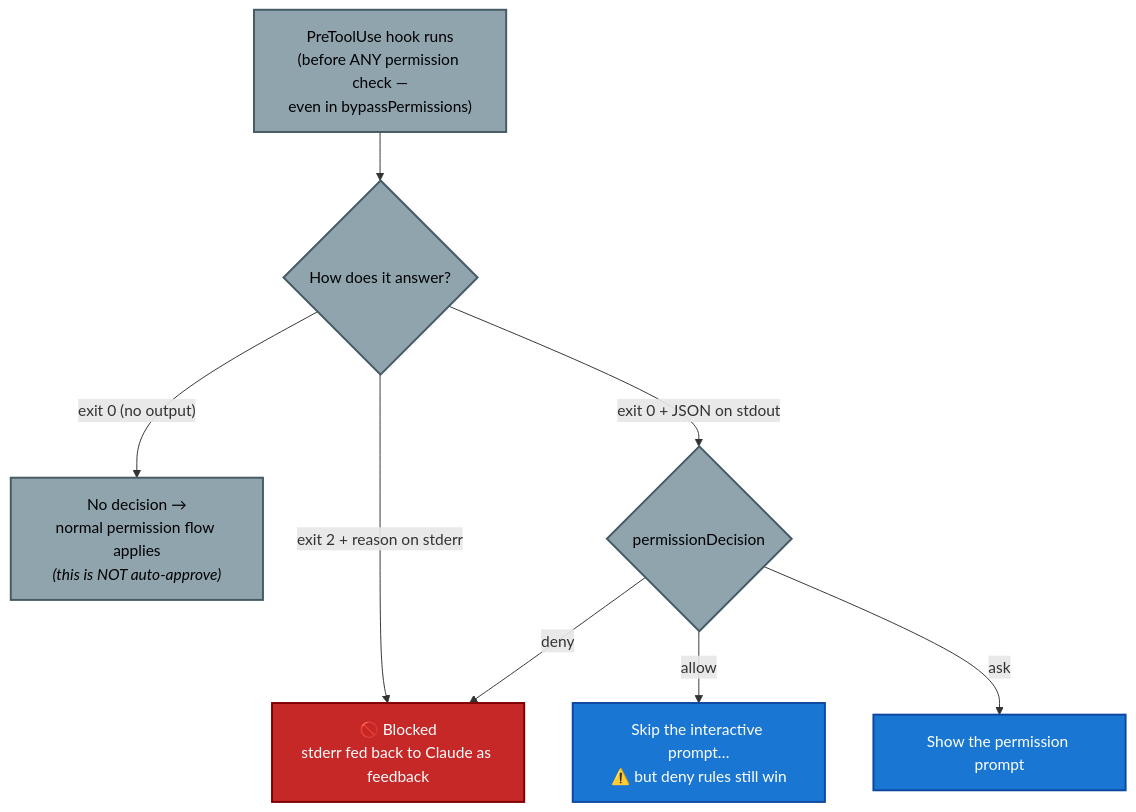
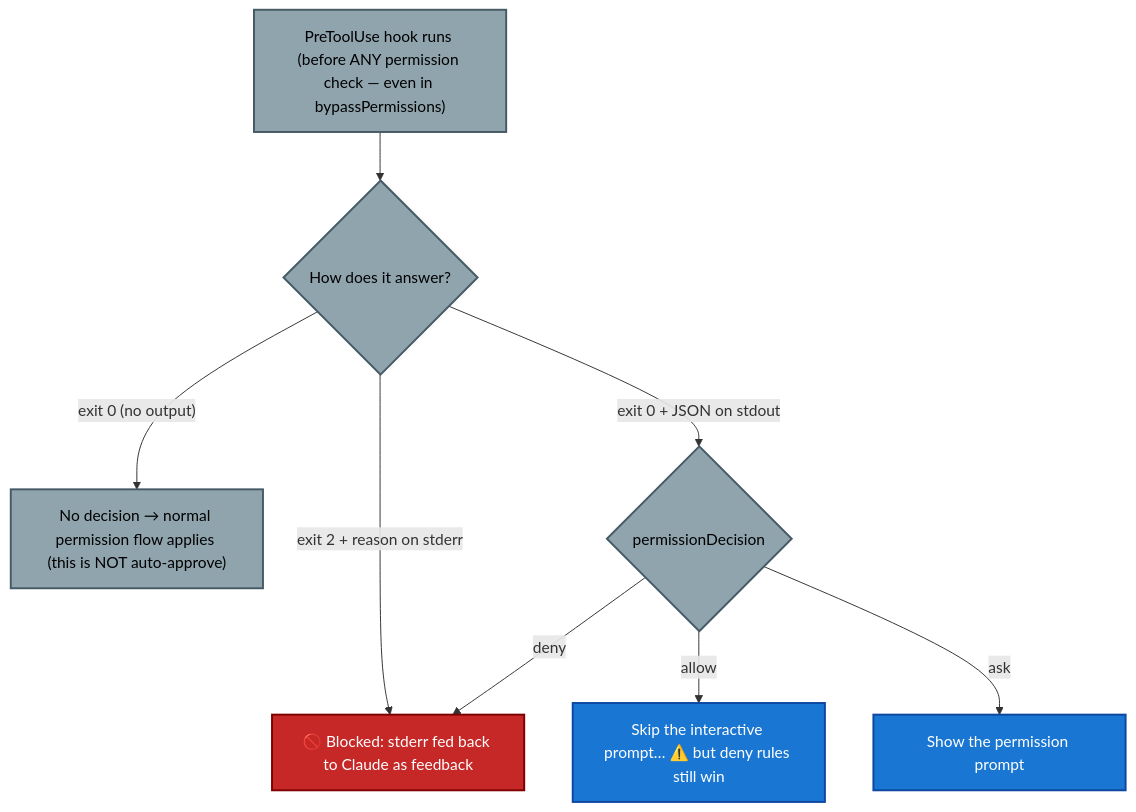
Before and after one commit to parmar-m/claude-architect-certification-prep: the sixth of 12 diagrams in CCA-F/domains/d3-claude-code.md, drawn with Mermaid. The commit also changed other lines of this file and 25 other files, not shown here.

````diff
--- a/CCA-F/domains/d3-claude-code.md
+++ b/CCA-F/domains/d3-claude-code.md
@@ -264,16 +264,16 @@
 ```mermaid
 flowchart TD
-    P["PreToolUse hook runs<br/>(before ANY permission check —<br/>even in bypassPermissions)"] --> M{"How does it answer?"}
-    M -- "exit 0 (no output)" --> N["No decision →<br/>normal permission flow applies<br/><i>(this is NOT auto-approve)</i>"]
-    M -- "exit 2 + reason on stderr" --> B["🚫 Blocked<br/>stderr fed back to Claude as feedback"]
+    P["PreToolUse hook runs (before ANY permission check — even in bypassPermissions)"] --> M{"How does it answer?"}
+    M -- "exit 0 (no output)" --> N["No decision → normal permission flow applies (this is NOT auto-approve)"]
+    M -- "exit 2 + reason on stderr" --> B["🚫 Blocked: stderr fed back to Claude as feedback"]
     M -- "exit 0 + JSON on stdout" --> J{"permissionDecision"}
-    J -- allow --> A["Skip the interactive prompt…<br/>⚠️ but deny rules still win"]
+    J -- allow --> A["Skip the interactive prompt… ⚠️ but deny rules still win"]
     J -- deny --> B
     J -- ask --> ASK["Show the permission prompt"]
     classDef block fill:#C62828,color:#fff,stroke:#7f0000,stroke-width:2px
     classDef ok fill:#1976D2,color:#fff,stroke:#0D47A1,stroke-width:2px
     classDef neutral fill:#90A4AE,color:#000,stroke:#455A64,stroke-width:2px
     class B block
     class A,ASK ok
     class N,P,M,J neutral
 ```
````
